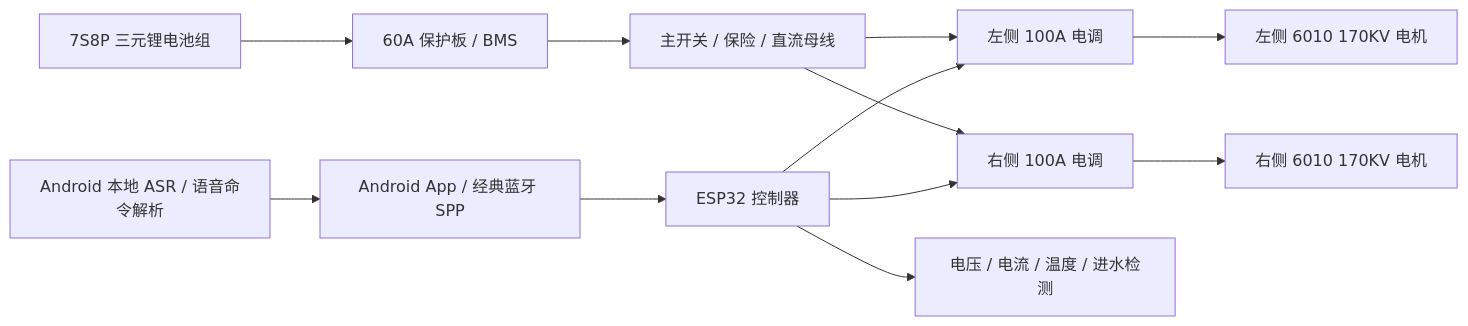
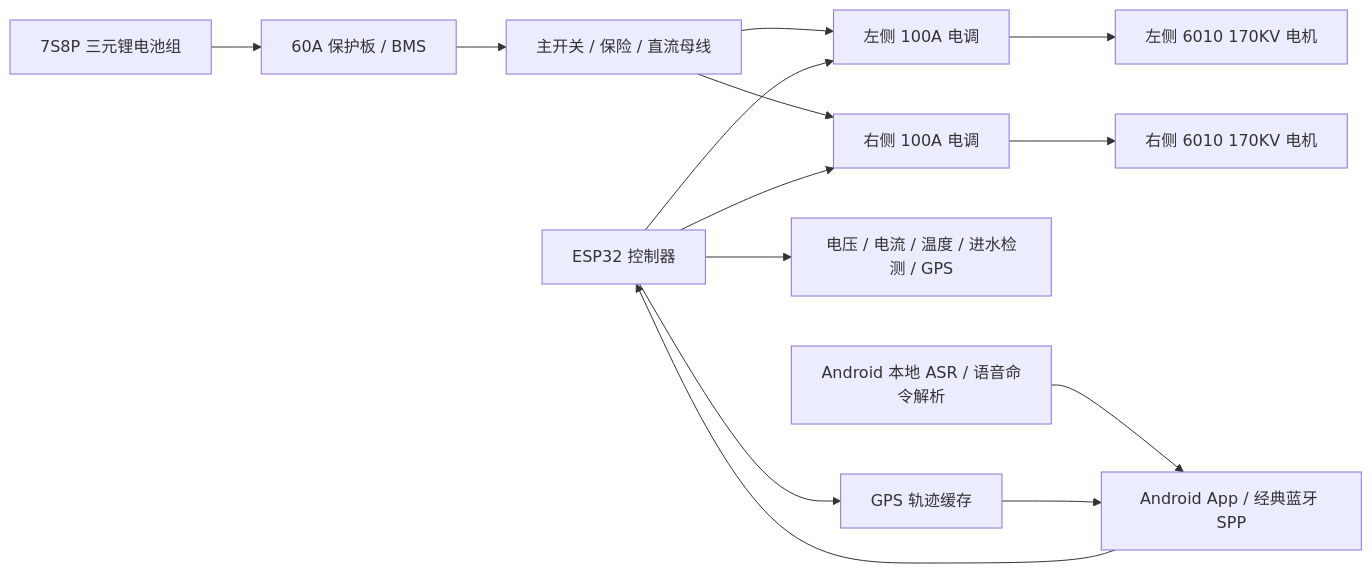
One commit to mosanwan/smart_sup changed the diagram in docs/system_overview.md. Above: the diagram before and after it, drawn with Mermaid. The commit also changed other lines of this file and 32 other files, not shown here.

````diff
--- a/docs/system_overview.md
+++ b/docs/system_overview.md
@@ -9,14 +9,16 @@
 ```mermaid
 flowchart LR
     Battery["7S8P 三元锂电池组"] --> BMS["60A 保护板 / BMS"]
     BMS --> Power["主开关 / 保险 / 直流母线"]
     Power --> ESC_L["左侧 100A 电调"]
     Power --> ESC_R["右侧 100A 电调"]
     ESC_L --> Motor_L["左侧 6010 170KV 电机"]
     ESC_R --> Motor_R["右侧 6010 170KV 电机"]
     Controller["ESP32 控制器"] --> ESC_L
     Controller --> ESC_R
-    Controller --> Sensors["电压 / 电流 / 温度 / 进水检测"]
+    Controller --> Sensors["电压 / 电流 / 温度 / 进水检测 / GPS"]
     Voice["Android 本地 ASR / 语音命令解析"] --> Remote["Android App / 经典蓝牙 SPP"]
     Remote --> Controller
+    Controller --> TrackLog["GPS 轨迹缓存"]
+    TrackLog --> Remote
 ```
````
